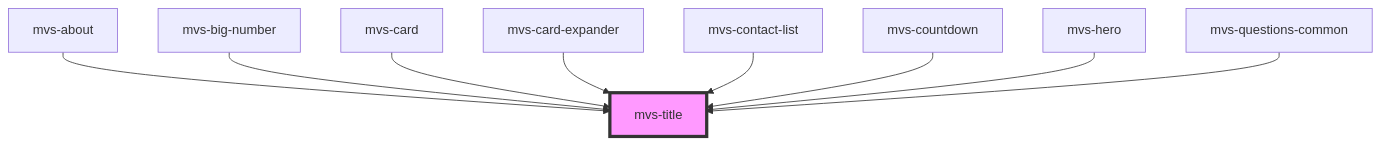
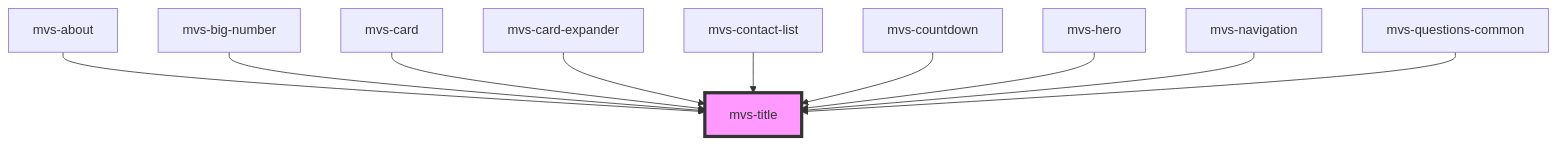
The diagram in src/components/typography/mvs-title/readme.md (rafaela-vairo/mvs-design-system), drawn with Mermaid before and after one commit. The commit also changed other lines of this file and 7 other files, not shown here.

````diff
--- a/src/components/typography/mvs-title/readme.md
+++ b/src/components/typography/mvs-title/readme.md
@@ -30,12 +31,13 @@
 ```mermaid
 graph TD;
   mvs-about --> mvs-title
   mvs-big-number --> mvs-title
   mvs-card --> mvs-title
   mvs-card-expander --> mvs-title
   mvs-contact-list --> mvs-title
   mvs-countdown --> mvs-title
   mvs-hero --> mvs-title
+  mvs-navigation --> mvs-title
   mvs-questions-common --> mvs-title
   style mvs-title fill:#f9f,stroke:#333,stroke-width:4px
 ```
````
